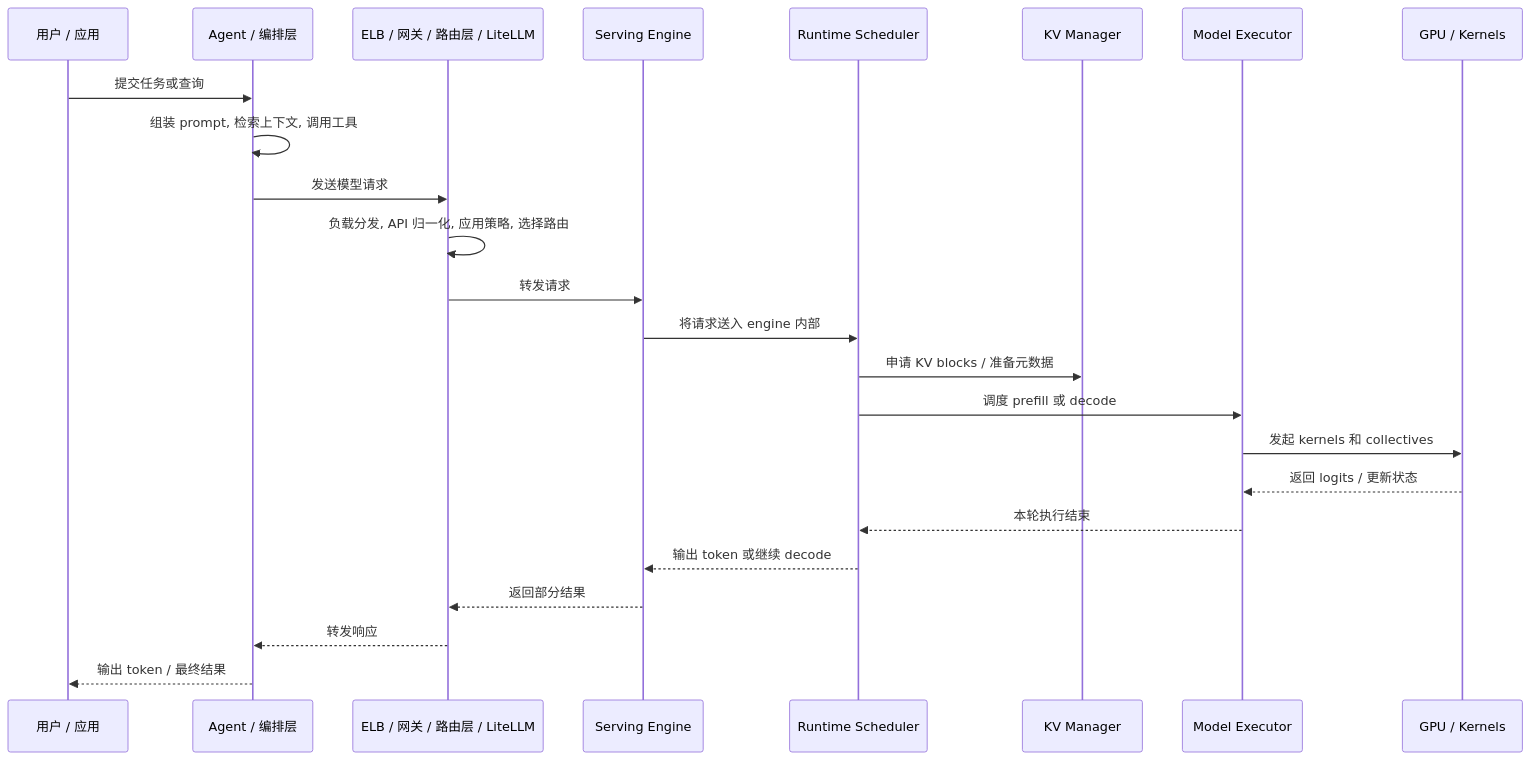
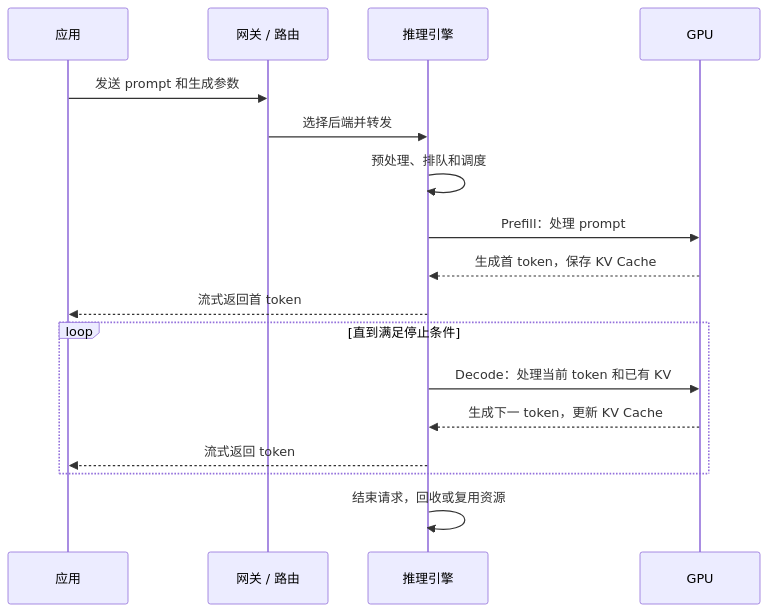
One commit to XPengZhao/dl-note changed the diagram in docs/zh/llms/request-lifecycle.md. Above: the diagram before and after it, drawn with Mermaid. The commit also changed other lines of this file and 3 other files, not shown here.

````diff
--- a/docs/zh/llms/request-lifecycle.md
+++ b/docs/zh/llms/request-lifecycle.md
@@ -120,27 +7,20 @@
 ```mermaid
 sequenceDiagram
-    participant U as 用户 / 应用
-    participant A as Agent / 编排层
-    participant R as ELB / 网关 / 路由层 / LiteLLM
-    participant E as Serving Engine
-    participant S as Runtime Scheduler
-    participant K as KV Manager
-    participant M as Model Executor
-    participant G as GPU / Kernels
+    participant A as 应用
+    participant R as 网关 / 路由
+    participant E as 推理引擎
+    participant G as GPU
 
-    U->>A: 提交任务或查询
-    A->>A: 组装 prompt, 检索上下文, 调用工具
-    A->>R: 发送模型请求
-    R->>R: 负载分发, API 归一化, 应用策略, 选择路由
-    R->>E: 转发请求
-    E->>S: 将请求送入 engine 内部
-    S->>K: 申请 KV blocks / 准备元数据
-    S->>M: 调度 prefill 或 decode
-    M->>G: 发起 kernels 和 collectives
-    G-->>M: 返回 logits / 更新状态
-    M-->>S: 本轮执行结束
-    S-->>E: 输出 token 或继续 decode
-    E-->>R: 返回部分结果
-    R-->>A: 转发响应
-    A-->>U: 输出 token / 最终结果
+    A->>R: 发送 prompt 和生成参数
+    R->>E: 选择后端并转发
+    E->>E: 预处理、排队和调度
+    E->>G: Prefill：处理 prompt
+    G-->>E: 生成首 token，保存 KV Cache
+    E-->>A: 流式返回首 token
+    loop 直到满足停止条件
+        E->>G: Decode：处理当前 token 和已有 KV
+        G-->>E: 生成下一 token，更新 KV Cache
+        E-->>A: 流式返回 token
+    end
+    E->>E: 结束请求，回收或复用资源
 ```
````
